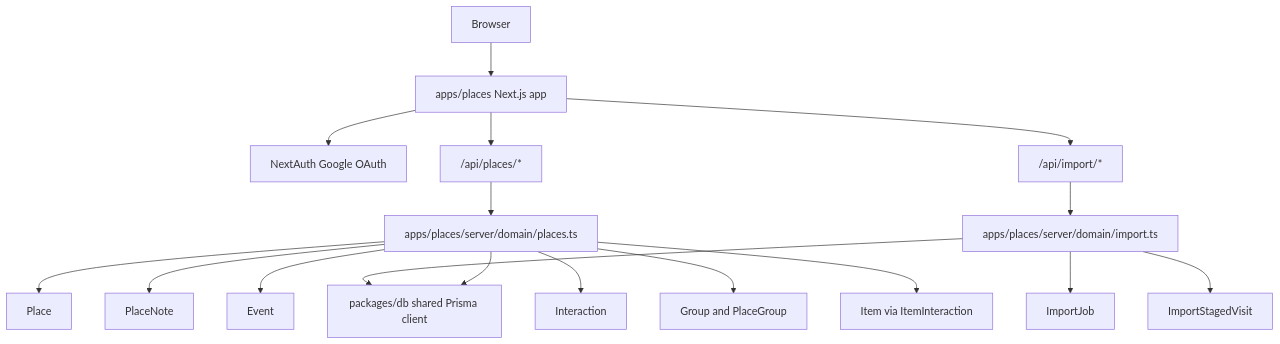
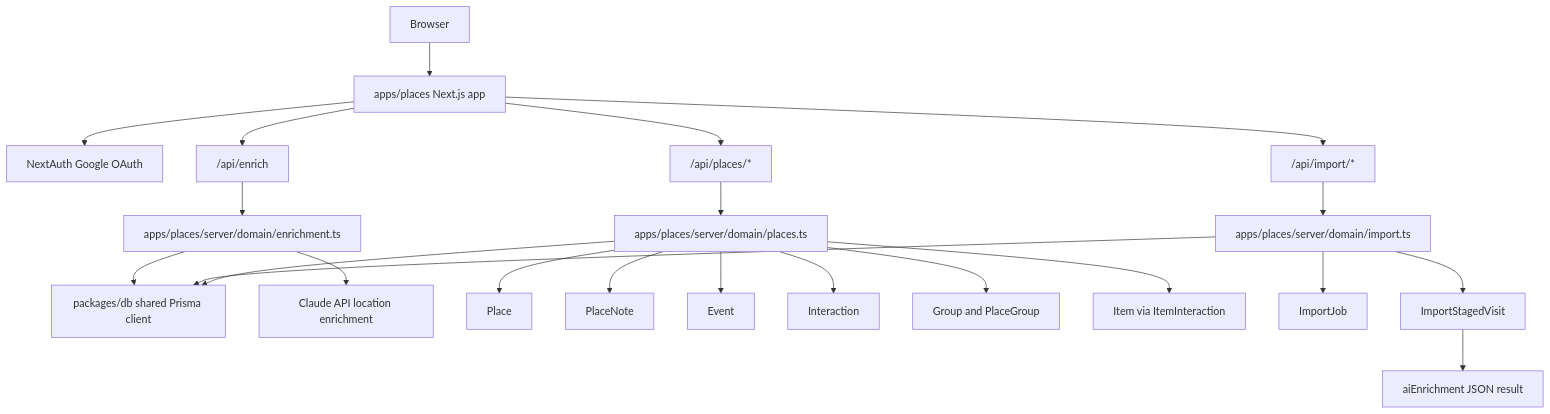
Before and after one commit to josephdfryer/life-os: the diagram in docs/PLACES_ARCHITECTURE.md, drawn with Mermaid. The commit also changed other lines of this file and 48 other files, not shown here.

Commit message:
feat: map layer toggling, Claude API location enrichment, Google Timeline import fix

````diff
--- a/docs/PLACES_ARCHITECTURE.md
+++ b/docs/PLACES_ARCHITECTURE.md
@@ -7,20 +7,25 @@
 ```mermaid
 flowchart TD
   Browser["Browser"] --> App["apps/places Next.js app"]
   App --> Auth["NextAuth Google OAuth"]
   App --> API["/api/places/*"]
   API --> Domain["apps/places/server/domain/places.ts"]
   App --> ImportAPI["/api/import/*"]
   ImportAPI --> ImportDomain["apps/places/server/domain/import.ts"]
+  App --> EnrichAPI["/api/enrich"]
+  EnrichAPI --> EnrichmentDomain["apps/places/server/domain/enrichment.ts"]
   Domain --> DB["packages/db shared Prisma client"]
   ImportDomain --> DB
+  EnrichmentDomain --> Claude["Claude API location enrichment"]
+  EnrichmentDomain --> DB
 
   Domain --> Place["Place"]
   Domain --> PlaceNote["PlaceNote"]
   Domain --> Event["Event"]
   Domain --> Interaction["Interaction"]
   Domain --> Group["Group and PlaceGroup"]
   Domain --> Item["Item via ItemInteraction"]
   ImportDomain --> ImportJob["ImportJob"]
   ImportDomain --> ImportStagedVisit["ImportStagedVisit"]
+  ImportStagedVisit --> AI["aiEnrichment JSON result"]
 ```
````
